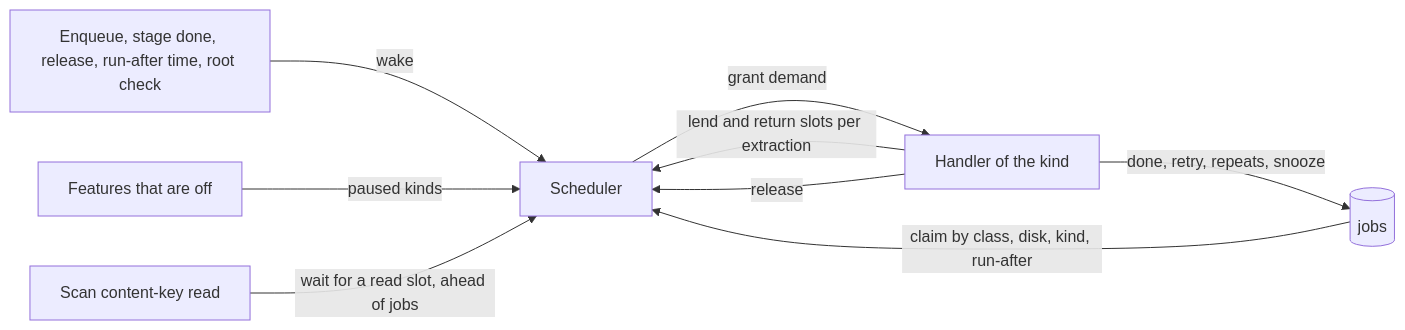
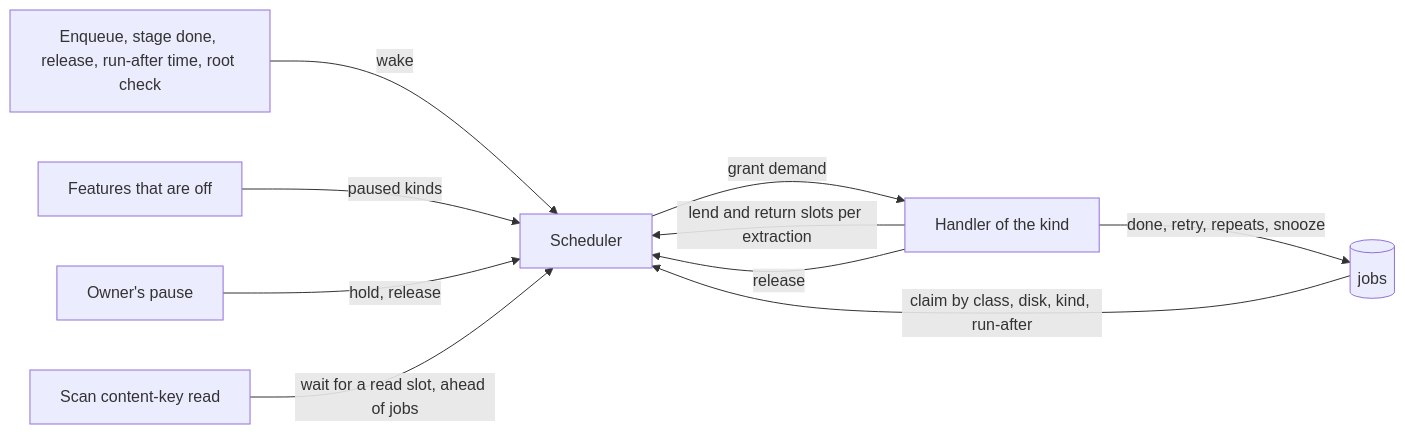
Before and after one commit to syudead/vv: the first of 2 diagrams in docs/design-docs/job-scheduling.md, drawn with Mermaid. The commit also changed other lines of this file and 27 other files, not shown here.

First line of the commit message:
Pause and resume every background job with one owner switch

````diff
--- a/docs/design-docs/job-scheduling.md
+++ b/docs/design-docs/job-scheduling.md
@@ -11,11 +11,12 @@
 ```mermaid
 flowchart LR
   ev[Enqueue, stage done, release, run-after time, root check] -->|wake| sch[Scheduler]
   jobs[(jobs)] -->|claim by class, disk, kind, run-after| sch
   paused[Features that are off] -->|paused kinds| sch
+  hold[Owner's pause] -->|hold, release| sch
   scan[Scan content-key read] -->|wait for a read slot, ahead of jobs| sch
   sch -->|grant demand| run[Handler of the kind]
   run -->|lend and return slots per extraction| sch
   run -->|done, retry, repeats, snooze| jobs
   run -->|release| sch
 ```
````
